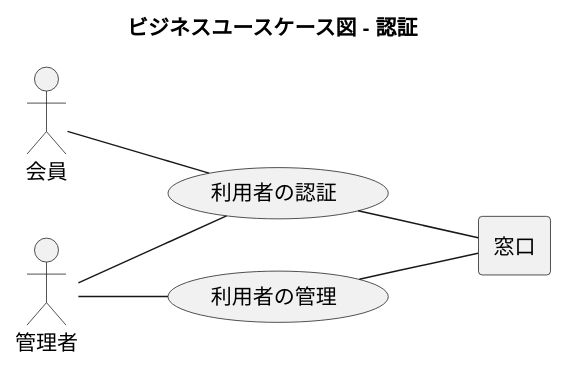
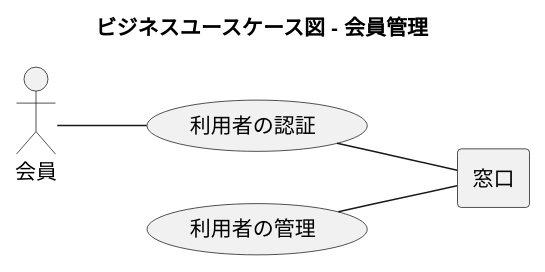
The fourth of 22 diagrams in docs/index.adoc (k2works/case-study-mrs), drawn with PlantUML before and after one commit. The commit also changed other lines of this file and 11 other files, not shown here.

```diff
--- a/docs/index.adoc
+++ b/docs/index.adoc
@@ -136,25 +136,22 @@
 [plantuml]
 ----
 @startuml
 
-title ビジネスユースケース図 - 認証
+title ビジネスユースケース図 - 会員管理
 
 left to right direction
 
 actor 会員 as ac_01
-actor 管理者 as ac_02
 
 agent 窓口 as ag_01
 
 usecase 利用者の管理 as uc_01
 usecase 利用者の認証 as uc_02
 
-ac_02 -- (uc_01)
 ac_01 -- (uc_02)
-ac_02 -- (uc_02)
 
 (uc_01) -- ag_01
 (uc_02) -- ag_01
 
 @enduml
 ----
```
